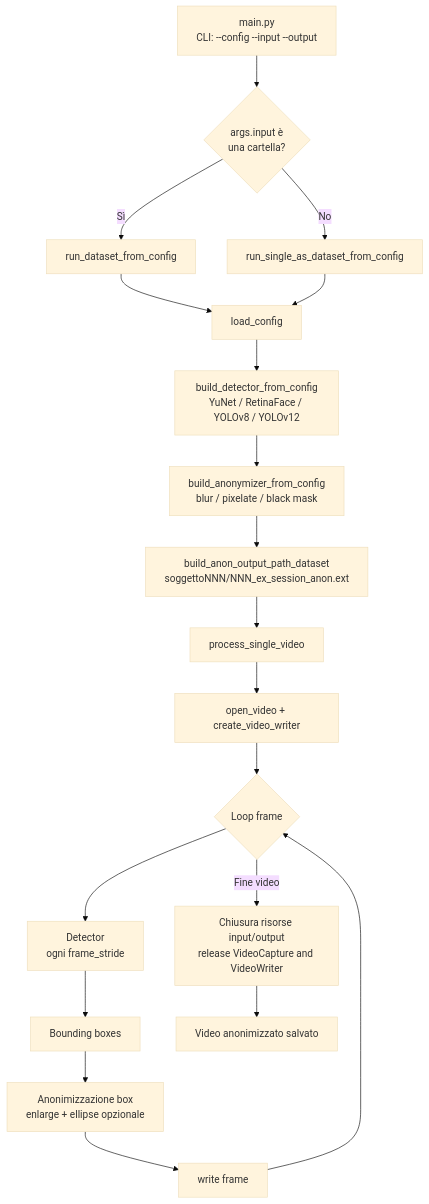
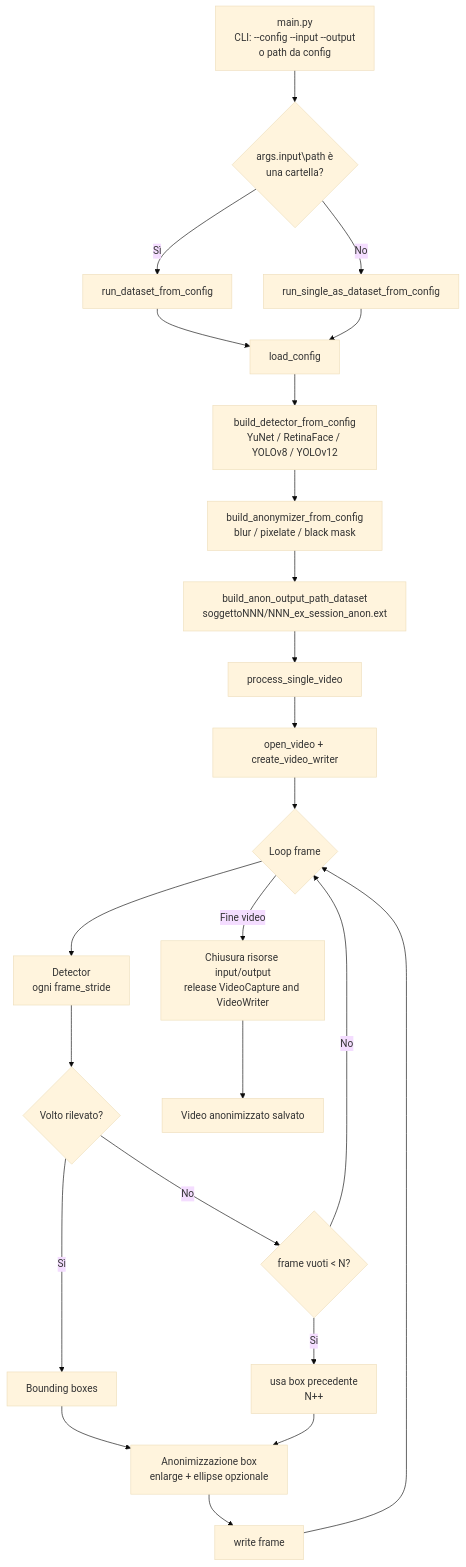
One commit to GiovanniCordaUni/video_anonymization changed the diagram in README.md. Above: the diagram before and after it, drawn with Mermaid (base theme). The commit also changed other lines of this file, not shown here.

Commit message:
Updated pipeline flowchart

````diff
--- a/README.md
+++ b/README.md
@@ -91,38 +92,43 @@
 ```mermaid
 
 flowchart TD
-A[main.py<br/>CLI: --config --input --output]
+A[main.py<br/>CLI: --config --input --output<br/>o path da config]
 
-A --> B{args.input è<br/>una cartella?}
+A --> B{args.input\path è<br/>una cartella?}
 
 B -->|Sì| C[run_dataset_from_config]
 B -->|No| D[run_single_as_dataset_from_config]
 
 C --> E[load_config]
 D --> E[load_config]
 
 E --> F[build_detector_from_config<br/>YuNet / RetinaFace / YOLOv8 / YOLOv12]
 F --> G[build_anonymizer_from_config<br/>blur / pixelate / black mask]
 
 G --> H[build_anon_output_path_dataset<br/>soggettoNNN/NNN_ex_session_anon.ext]
 
 H --> I[process_single_video]
 
 I --> J[open_video + create_video_writer]
 
 J --> K{Loop frame}
 
 K --> L[Detector<br/>ogni frame_stride]
-L --> M[Bounding boxes]
 
-M --> N[Anonimizzazione box<br/>enlarge + ellipse opzionale]
+L --> M{Volto rilevato?}
+M -->|Sì| N[Bounding boxes]
+M -->|No| O{frame vuoti <  N?}
 
-N --> O[write frame]
+O --> |Si| P[usa box precedente<br/>N++]
+O --> |No| K
 
-O --> K
+N --> Q[Anonimizzazione box<br/>enlarge + ellipse opzionale]
+P --> Q
+Q --> R[write frame]
+R --> K
 
-K -->|Fine video| P[Chiusura risorse input/output<br/>release VideoCapture and VideoWriter]
+K -->|Fine video| S[Chiusura risorse input/output<br/>release VideoCapture and VideoWriter]
 
-P --> Q[Video anonimizzato salvato]
+S --> T[Video anonimizzato salvato]
 
 ```
````
